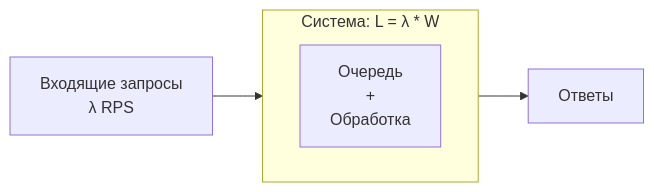
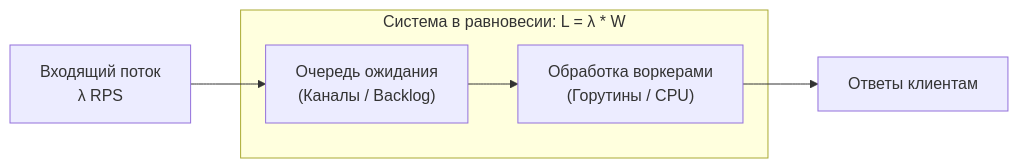
One commit to UnrealTemplier/go-textbook changed the second of 3 diagrams in sources/11. Архитектура и System Design/5. Latency, Throughput, Availability и Trade-offs.md. Above: the diagram before and after it, drawn with Mermaid. The commit also changed other lines of this file, not shown here.

````diff
--- a/sources/11. Архитектура и System Design/5. Latency, Throughput, Availability и Trade-offs.md
+++ b/sources/11. Архитектура и System Design/5. Latency, Throughput, Availability и Trade-offs.md
@@ -69,10 +80,11 @@
 ```mermaid
 flowchart LR
-    A["Входящие запросы<br>λ RPS"] --> B["Очередь<br>+<br>Обработка"]
-    B --> C["Ответы"]
+    In["Входящий поток<br>λ RPS"] --> Queue["Очередь ожидания<br>(Каналы / Backlog)"]
+    Queue --> Srv["Обработка воркерами<br>(Горутины / CPU)"]
+    Srv --> Out["Ответы клиентам"]
     
-    subgraph System["Система: L = λ * W"]
-        direction LR
-        B
+    subgraph System["Система в равновесии: L = λ * W"]
+        Queue
+        Srv
     end
 ```
````
